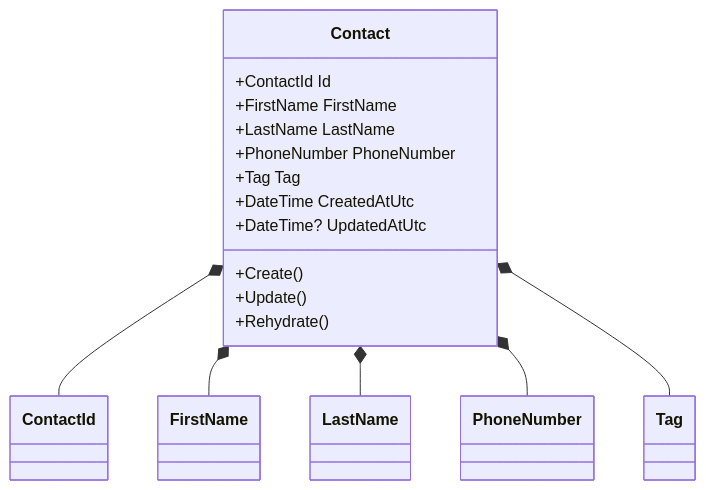
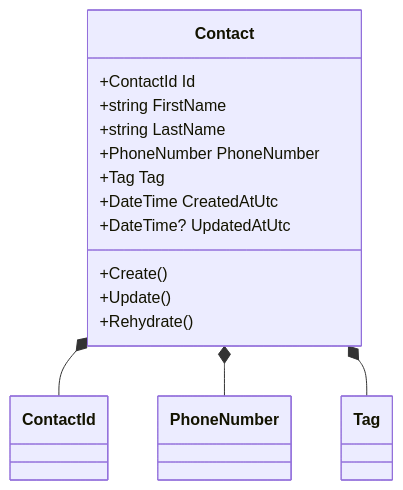
One commit to erfanehsrchl/PhoneBook changed the fifth of 6 diagrams in README.fa.md. Above: the diagram before and after it, drawn with Mermaid. The commit also changed other lines of this file and 11 other files, not shown here.

Commit message:
feat: Refactor contact name handling by removing value objects for FirstName and LastName, and implement validation directly in the Contact aggregate

````diff
--- a/README.fa.md
+++ b/README.fa.md
@@ -185,25 +185,21 @@
 ```mermaid
 classDiagram
     class Contact {
         +ContactId Id
-        +FirstName FirstName
-        +LastName LastName
+        +string FirstName
+        +string LastName
         +PhoneNumber PhoneNumber
         +Tag Tag
         +DateTime CreatedAtUtc
         +DateTime? UpdatedAtUtc
         +Create()
         +Update()
         +Rehydrate()
     }
     class ContactId
-    class FirstName
-    class LastName
     class PhoneNumber
     class Tag
     Contact *-- ContactId
-    Contact *-- FirstName
-    Contact *-- LastName
     Contact *-- PhoneNumber
     Contact *-- Tag
 ```
````
